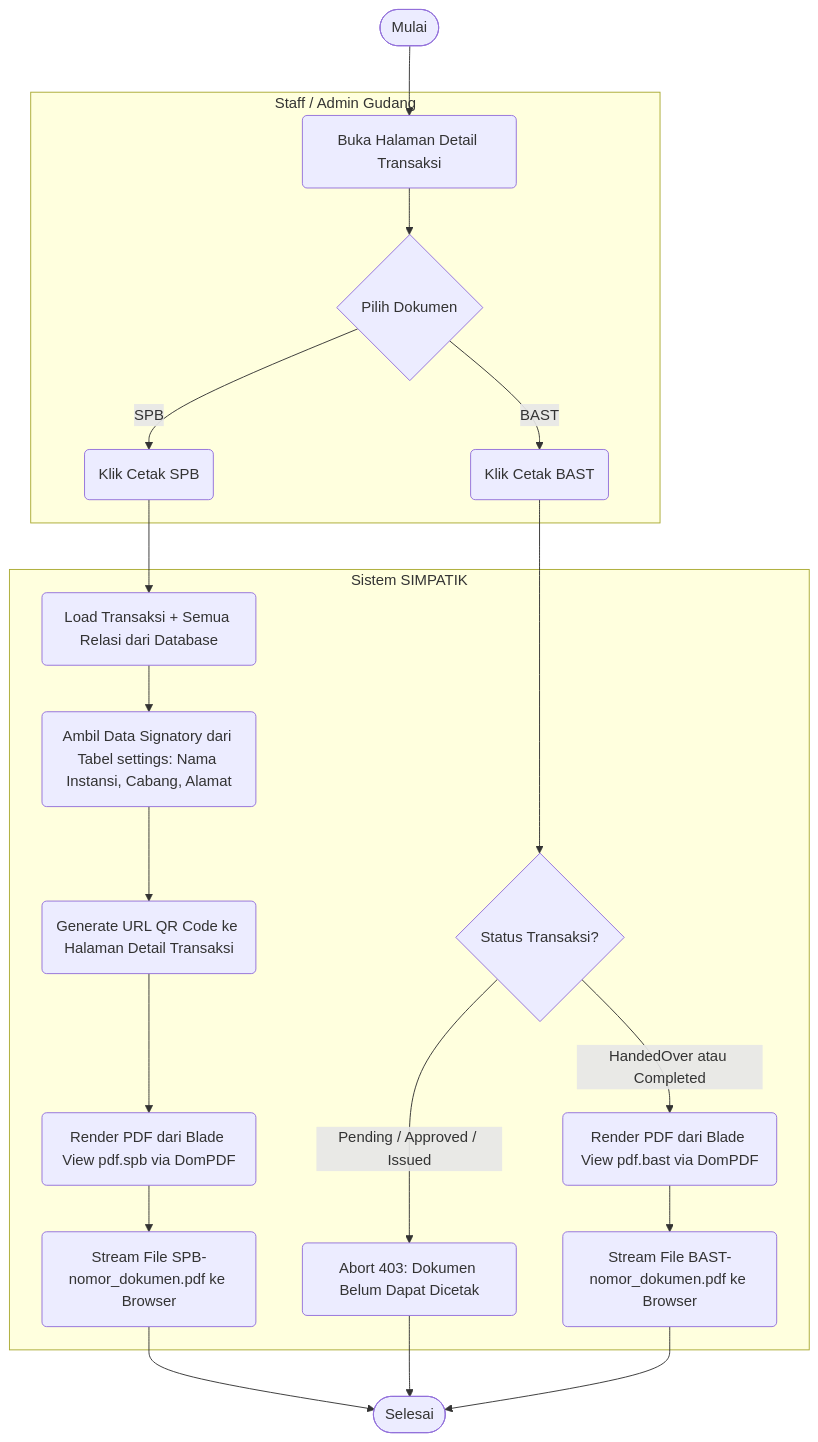
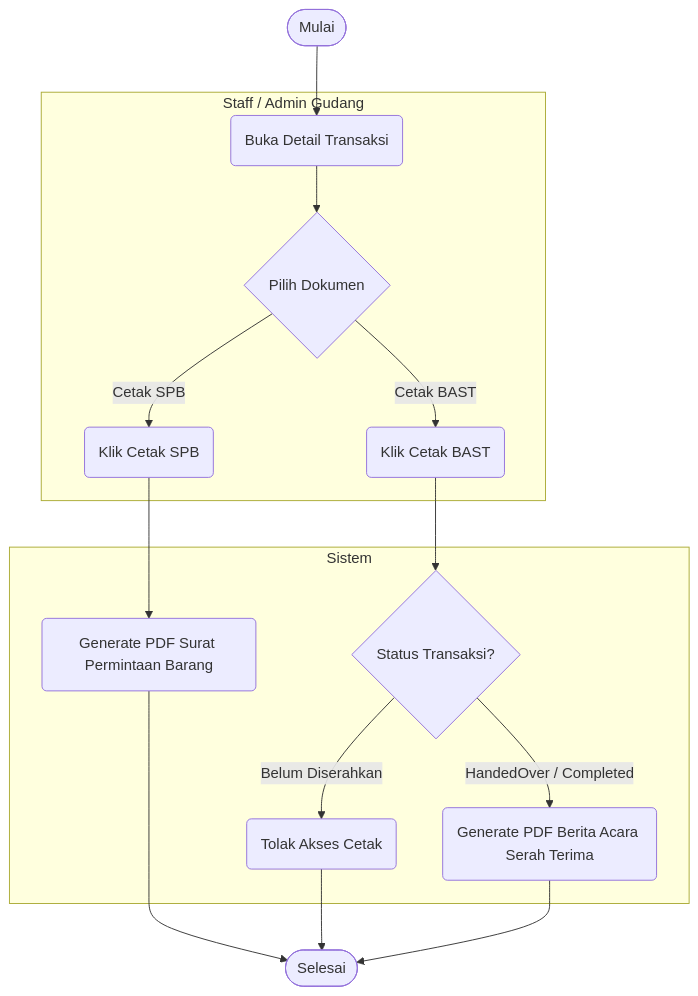
The tenth of 14 diagrams in laporan_activity_diagram.md (wahyu2021/SIMPATIK), drawn with Mermaid before and after one commit. The commit also changed other lines of this file and 34 other files, not shown here.

Commit message:
Menyempurnakan logika seeder (User, Master Barang, dan Transaksi) agar lebih realistis

````diff
--- a/laporan_activity_diagram.md
+++ b/laporan_activity_diagram.md
@@ -579,45 +392,35 @@
 ```mermaid
 flowchart TD
     Start([Mulai])
     End([Selesai])
 
     subgraph Aktor [Staff / Admin Gudang]
-        A(Buka Halaman Detail Transaksi)
+        A(Buka Detail Transaksi)
         B{Pilih Dokumen}
         C(Klik Cetak SPB)
         D(Klik Cetak BAST)
     end
 
-    subgraph Sistem [Sistem SIMPATIK]
-        E(Load Transaksi + Semua Relasi dari Database)
-        F(Ambil Data Signatory dari Tabel settings: Nama Instansi, Cabang, Alamat)
-        G(Generate URL QR Code ke Halaman Detail Transaksi)
-        H(Render PDF dari Blade View pdf.spb via DomPDF)
-        I(Stream File SPB-nomor_dokumen.pdf ke Browser)
-        J{Status Transaksi?}
-        K(Abort 403: Dokumen Belum Dapat Dicetak)
-        L(Render PDF dari Blade View pdf.bast via DomPDF)
-        M(Stream File BAST-nomor_dokumen.pdf ke Browser)
+    subgraph Sistem
+        E(Generate PDF Surat Permintaan Barang)
+        F{Status Transaksi?}
+        G(Tolak Akses Cetak)
+        H(Generate PDF Berita Acara Serah Terima)
     end
 
     Start --> A
     A --> B
 
-    B -- SPB --> C
+    B -- Cetak SPB --> C
     C --> E
-    E --> F
-    F --> G
-    G --> H
-    H --> I
-    I --> End
+    E --> End
 
-    B -- BAST --> D
-    D --> J
+    B -- Cetak BAST --> D
+    D --> F
+    
+    F -- Belum Diserahkan --> G
+    G --> End
 
-    J -- Pending / Approved / Issued --> K
-    K --> End
-
-    J -- HandedOver atau Completed --> L
-    L --> M
-    M --> End
+    F -- HandedOver / Completed --> H
+    H --> End
 ```
````
